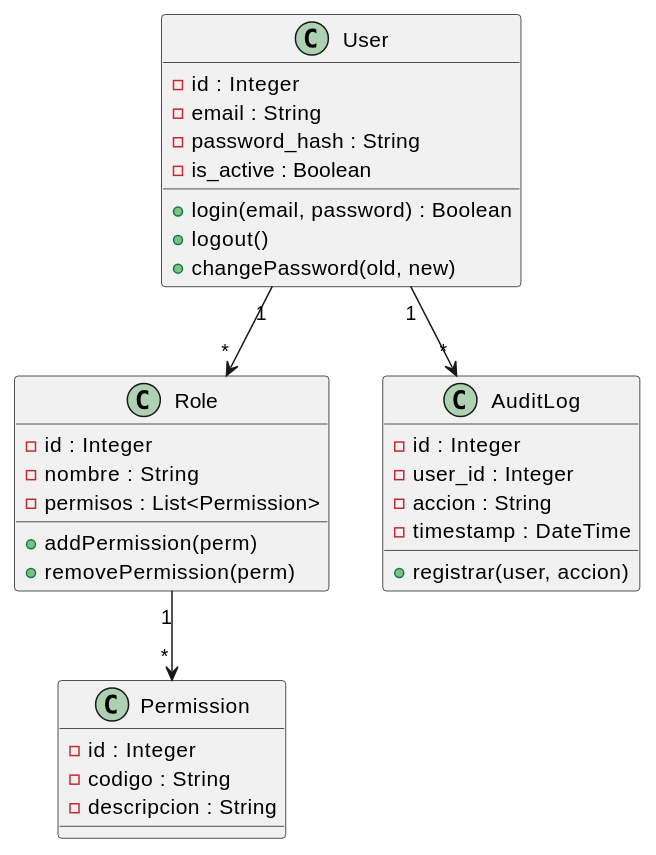
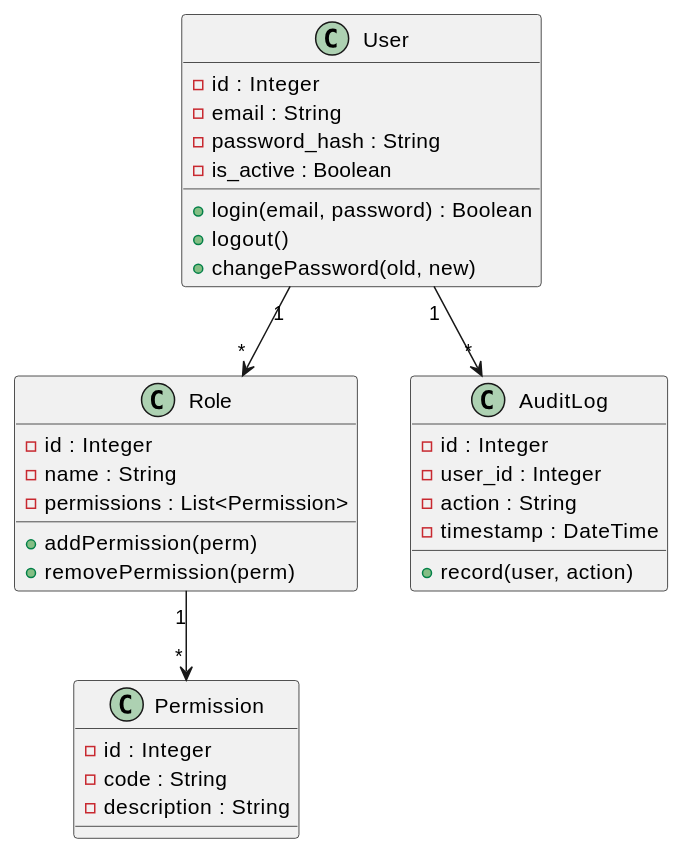
Before and after one commit to jcg-admin/IACT-docs: the third of 7 diagrams in source/normativa/estandares/metodologia-analisis-dominio-ucs.rst, drawn with PlantUML. The commit also changed other lines of this file, not shown here.

```diff
--- a/source/normativa/estandares/metodologia-analisis-dominio-ucs.rst
+++ b/source/normativa/estandares/metodologia-analisis-dominio-ucs.rst
@@ -400,40 +400,40 @@
 .. uml::
 
    @startuml
 
    class User {
      - id : Integer
      - email : String
      - password_hash : String
      - is_active : Boolean
      + login(email, password) : Boolean
      + logout()
      + changePassword(old, new)
    }
 
    class Role {
      - id : Integer
-     - nombre : String
-     - permisos : List<Permission>
+     - name : String
+     - permissions : List<Permission>
      + addPermission(perm)
      + removePermission(perm)
    }
 
    class Permission {
      - id : Integer
-     - codigo : String
-     - descripcion : String
+     - code : String
+     - description : String
    }
 
    class AuditLog {
      - id : Integer
      - user_id : Integer
-     - accion : String
+     - action : String
      - timestamp : DateTime
-     + registrar(user, accion)
+     + record(user, action)
    }
 
    User "1" --> "*" Role
    Role "1" --> "*" Permission
    User "1" --> "*" AuditLog
    @enduml
```
